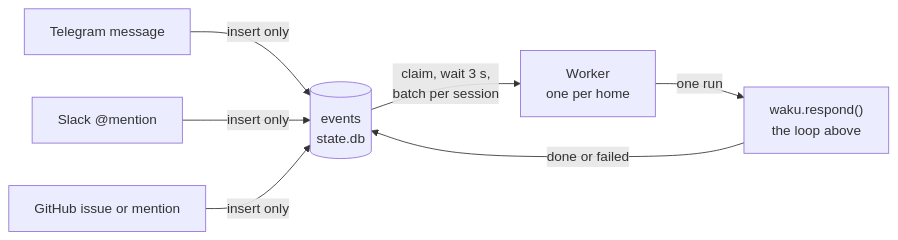
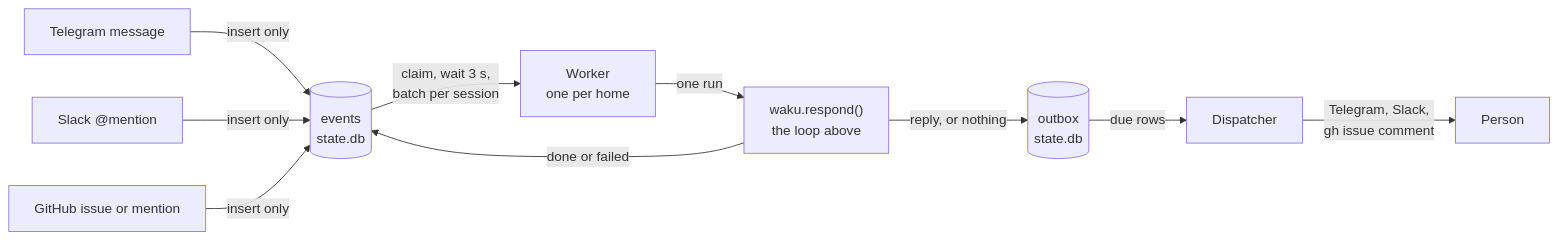
One commit to ShenSeanChen/waku-agent changed the third of 3 diagrams in docs/architecture.md. Above: the diagram before and after it, drawn with Mermaid. The commit also changed other lines of this file and 3 other files, not shown here.

````diff
--- a/docs/architecture.md
+++ b/docs/architecture.md
@@ -89,7 +89,10 @@
 ```mermaid
 flowchart LR
   TG["Telegram message"] & SL["Slack @mention"] & GH["GitHub issue or mention"] -->|insert only| EV[("events<br/>state.db")]
   EV -->|claim, wait 3 s,<br/>batch per session| W["Worker<br/>one per home"]
   W -->|one run| RUN["waku.respond()<br/>the loop above"]
   RUN -->|done or failed| EV
+  RUN -->|reply, or nothing| OB[("outbox<br/>state.db")]
+  OB -->|due rows| D["Dispatcher"]
+  D -->|Telegram, Slack,<br/>gh issue comment| P["Person"]
 ```
````
